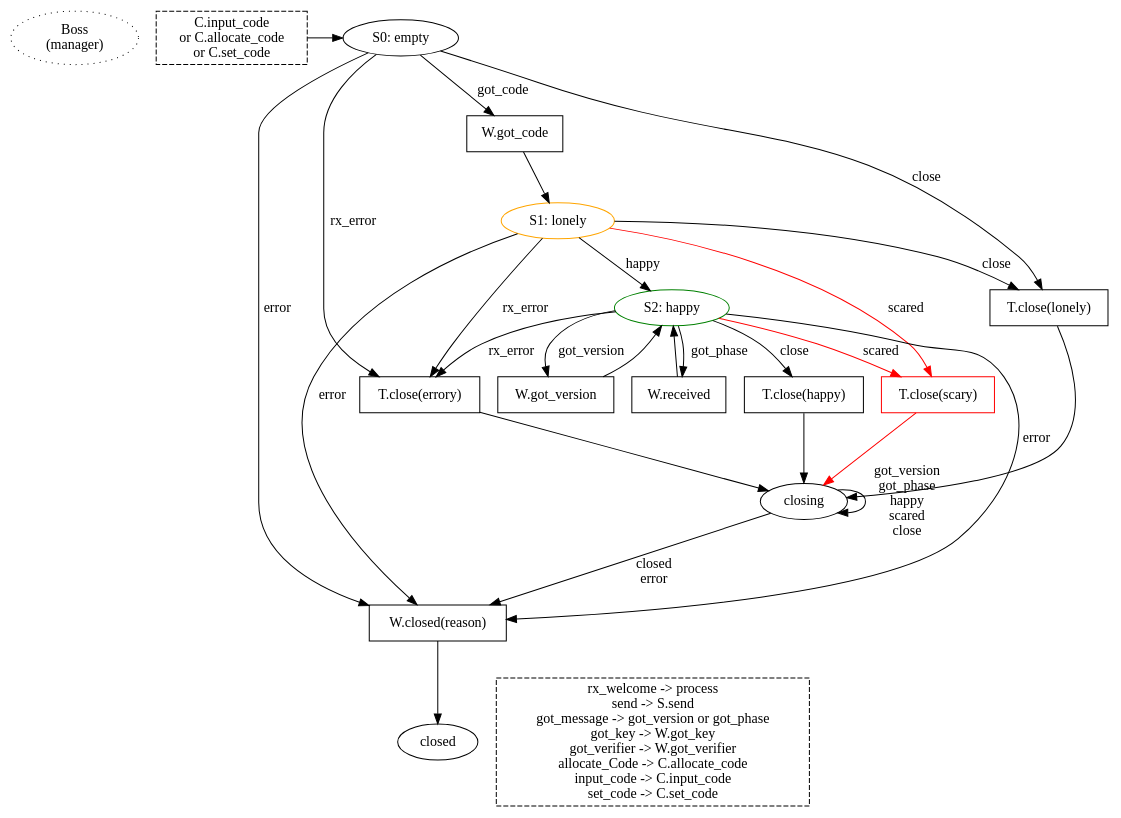
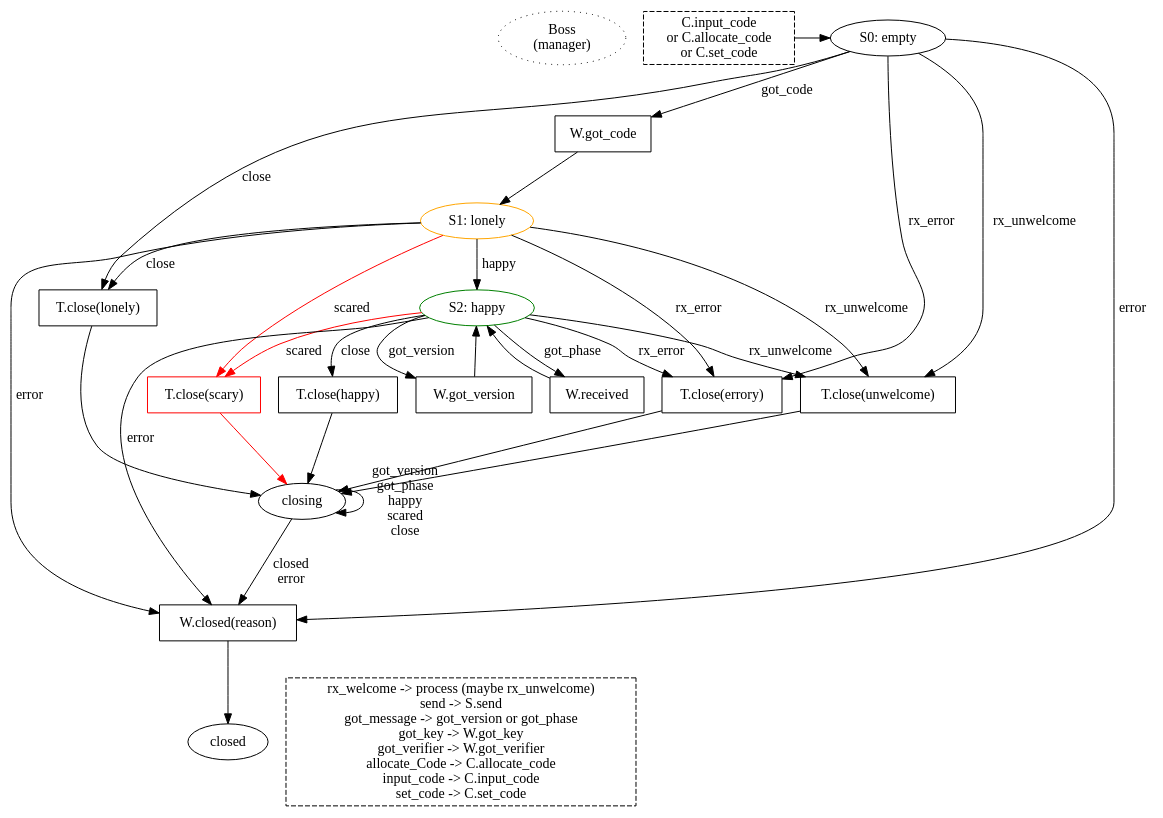
One commit to magic-wormhole/magic-wormhole changed the diagram in docs/state-machines/boss.dot. Above: the diagram before and after it, drawn with Graphviz. The commit also changed 9 other files, not shown here.

```diff
--- a/docs/state-machines/boss.dot
+++ b/docs/state-machines/boss.dot
@@ -1,74 +1,80 @@
 digraph {
 
         /* could shave a RTT by committing to the nameplate early, before
         finishing the rest of the code input. While the user is still
         typing/completing the code, we claim the nameplate, open the mailbox,
         and retrieve the peer's PAKE message. Then as soon as the user
         finishes entering the code, we build our own PAKE message, send PAKE,
         compute the key, send VERSION. Starting from the Return, this saves
         two round trips. OTOH it adds consequences to hitting Tab. */
 
         start [label="Boss\n(manager)" style="dotted"]
 
         {rank=same; P0_code S0}
         P0_code [shape="box" style="dashed"
                  label="C.input_code\n or C.allocate_code\n or C.set_code"]
         P0_code -> S0
         S0 [label="S0: empty"]
         S0 -> P0_build [label="got_code"]
 
         S0 -> P_close_error [label="rx_error"]
         P_close_error [shape="box" label="T.close(errory)"]
         P_close_error -> S_closing
         S0 -> P_close_lonely [label="close"]
 
+        S0 -> P_close_unwelcome [label="rx_unwelcome"]
+        P_close_unwelcome [shape="box" label="T.close(unwelcome)"]
+        P_close_unwelcome -> S_closing
+
         P0_build [shape="box" label="W.got_code"]
         P0_build -> S1
         S1 [label="S1: lonely" color="orange"]
 
         S1 -> S2 [label="happy"]
 
         S1 -> P_close_error [label="rx_error"]
         S1 -> P_close_scary [label="scared" color="red"]
+        S1 -> P_close_unwelcome [label="rx_unwelcome"]
         S1 -> P_close_lonely [label="close"]
         P_close_lonely [shape="box" label="T.close(lonely)"]
         P_close_lonely -> S_closing
 
         P_close_scary [shape="box" label="T.close(scary)" color="red"]
         P_close_scary -> S_closing [color="red"]
 
         S2 [label="S2: happy" color="green"]
         S2 -> P2_close [label="close"]
         P2_close [shape="box" label="T.close(happy)"]
         P2_close -> S_closing
 
         S2 -> P2_got_phase [label="got_phase"]
         P2_got_phase [shape="box" label="W.received"]
         P2_got_phase -> S2
 
         S2 -> P2_got_version [label="got_version"]
         P2_got_version [shape="box" label="W.got_version"]
         P2_got_version -> S2
 
         S2 -> P_close_error [label="rx_error"]
         S2 -> P_close_scary [label="scared" color="red"]
+        S2 -> P_close_unwelcome [label="rx_unwelcome"]
 
         S_closing [label="closing"]
         S_closing -> P_closed [label="closed\nerror"]
         S_closing -> S_closing [label="got_version\ngot_phase\nhappy\nscared\nclose"]
 
         P_closed [shape="box" label="W.closed(reason)"]
         P_closed -> S_closed
         S_closed [label="closed"]
 
         S0 -> P_closed [label="error"]
         S1 -> P_closed [label="error"]
         S2 -> P_closed [label="error"]
 
         {rank=same; Other S_closed}
         Other [shape="box" style="dashed"
-               label="rx_welcome -> process\nsend -> S.send\ngot_message -> got_version or got_phase\ngot_key -> W.got_key\ngot_verifier -> W.got_verifier\nallocate_Code -> C.allocate_code\ninput_code -> C.input_code\nset_code -> C.set_code"
+               label="rx_welcome -> process (maybe rx_unwelcome)\nsend -> S.send\ngot_message -> got_version or got_phase\ngot_key -> W.got_key\ngot_verifier -> W.got_verifier\nallocate_Code -> C.allocate_code\ninput_code -> C.input_code\nset_code -> C.set_code"
                ]
 
 
 }
```
